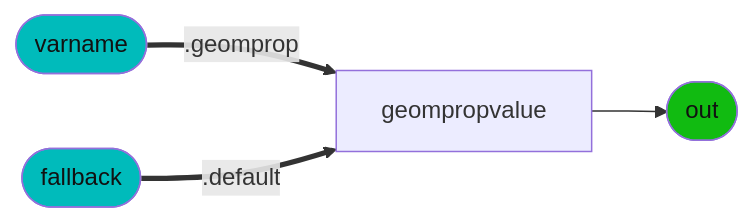
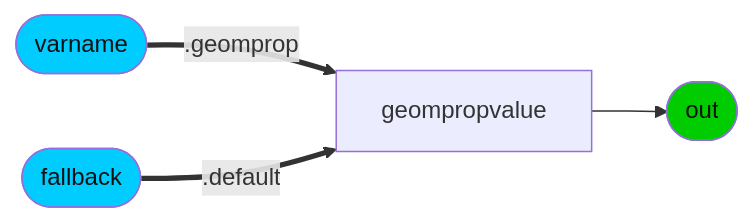
Before and after one commit to kwokcb/MaterialX_Learn: diagram 19 of 35 in documents/definitions/bxdf_doc.md, drawn with Mermaid. The commit also changed other lines of this file and 435 other files, not shown here.

````diff
--- a/documents/definitions/bxdf_doc.md
+++ b/documents/definitions/bxdf_doc.md
@@ -1665,10 +1661,10 @@
 ```mermaid
 graph LR; 
     IMP_UsdPrimvarReader_vector3_primvar[geompropvalue] --> IMP_UsdPrimvarReader_vector3_out([out])
-    style IMP_UsdPrimvarReader_vector3_out fill:#1b1, color:#111
+    style IMP_UsdPrimvarReader_vector3_out fill:#0C0, color:#111
     IMP_UsdPrimvarReader_vector3_varnameINT([varname]) ==.geomprop==> IMP_UsdPrimvarReader_vector3_primvar[geompropvalue]
-    style IMP_UsdPrimvarReader_vector3_varnameINT fill:#0bb, color:#111
+    style IMP_UsdPrimvarReader_vector3_varnameINT fill:#0CF, color:#111
     IMP_UsdPrimvarReader_vector3_fallbackINT([fallback]) ==.default==> IMP_UsdPrimvarReader_vector3_primvar[geompropvalue]
-    style IMP_UsdPrimvarReader_vector3_fallbackINT fill:#0bb, color:#111
+    style IMP_UsdPrimvarReader_vector3_fallbackINT fill:#0CF, color:#111
 
 ```
````
